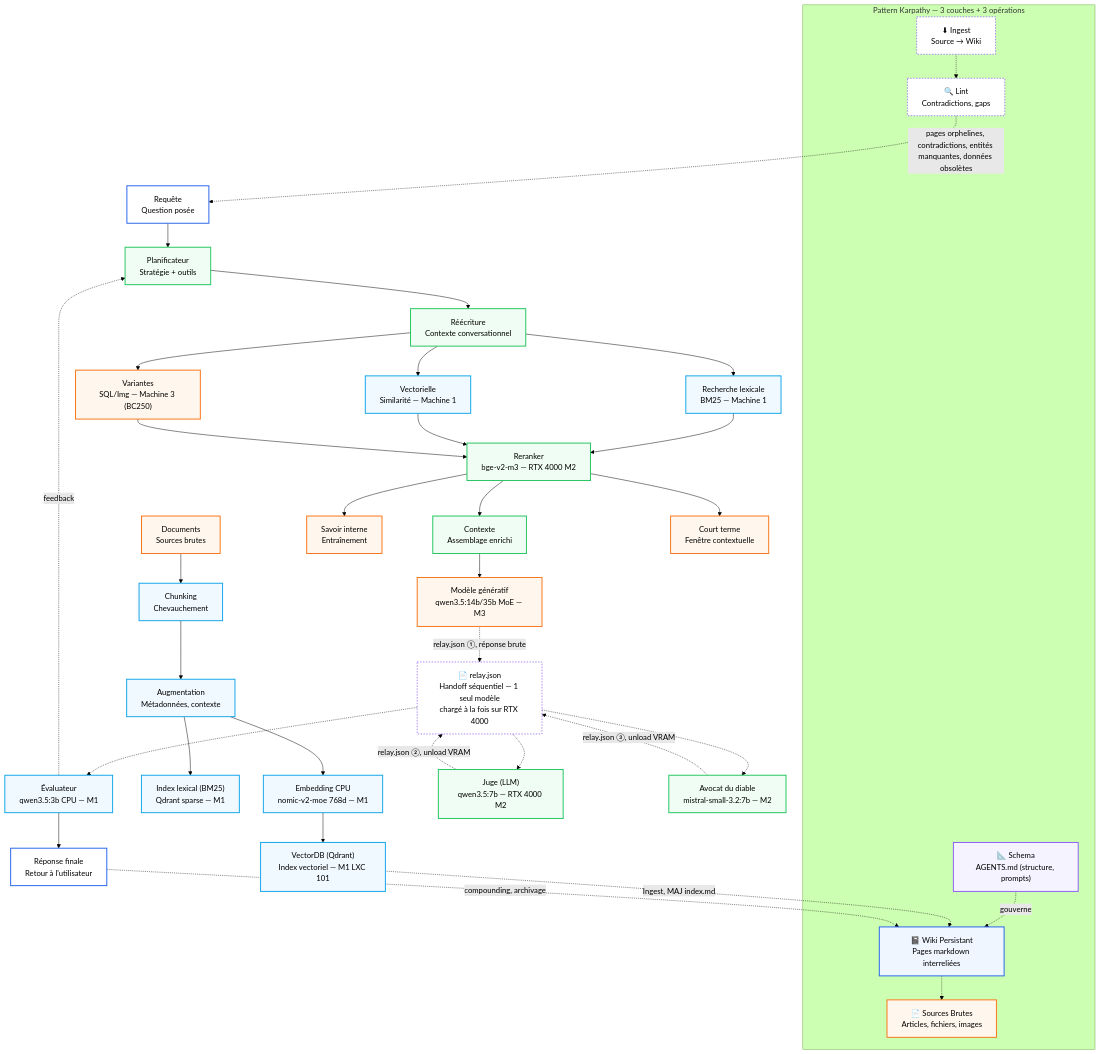
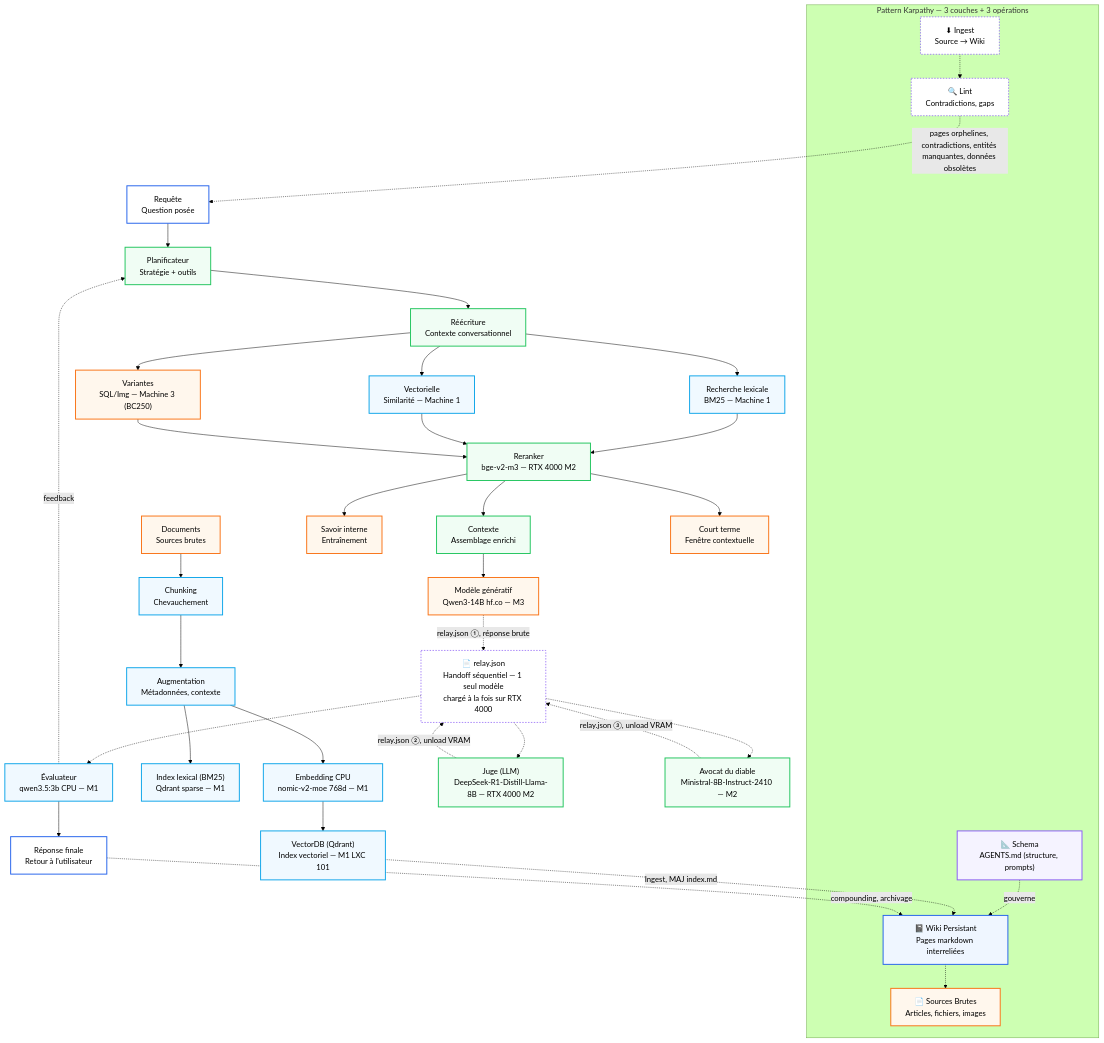
One commit to chelmooz/rag-multi-agent-cluster changed the first of 2 diagrams in docs/architecture.md. Above: the diagram before and after it, drawn with Mermaid (forest theme). The commit also changed other lines of this file and 5 other files, not shown here.

Commit message:
feat(models): Hugging Face-only Q4_K_M for Generator/Judge/Advocate (C4.1) + fix broken mistral-small-3.2:7b default

````diff
--- a/docs/architecture.md
+++ b/docs/architecture.md
@@ -7,73 +7,73 @@
 ```mermaid
 flowchart TB
     classDef schema fill:#f5f3ff,stroke:#8b5cf6,stroke-width:2px
     classDef wiki fill:#eff6ff,stroke:#2563eb,stroke-width:2px
     classDef src fill:#fff7ed,stroke:#f97316,stroke-width:2px
     classDef m1 fill:#f0f9ff,stroke:#0ea5e9,stroke-width:2px
     classDef m2 fill:#f0fdf4,stroke:#22c55e,stroke-width:2px
     classDef m3 fill:#fff7ed,stroke:#f97316,stroke-width:2px
     classDef op fill:#ffffff,stroke:#8b5cf6,stroke-width:1.5px,stroke-dasharray: 3 3
     classDef final fill:#ffffff,stroke:#2563eb,stroke-width:2px
 
     subgraph Karpathy["Pattern Karpathy — 3 couches + 3 opérations"]
         Schema["📐 Schema<br/>AGENTS.md (structure, prompts)"]:::schema
         WikiPersist["📓 Wiki Persistant<br/>Pages markdown interreliées"]:::wiki
         Sources["📄 Sources Brutes<br/>Articles, fichiers, images"]:::src
         Ingest["⬇ Ingest<br/>Source → Wiki"]:::op
         Lint["🔍 Lint<br/>Contradictions, gaps"]:::op
     end
 
     Documents["Documents<br/>Sources brutes"]:::src
     Chunking["Chunking<br/>Chevauchement"]:::m1
     Augment["Augmentation<br/>Métadonnées, contexte"]:::m1
     BM25["Index lexical (BM25)<br/>Qdrant sparse — M1"]:::m1
     EmbedCPU["Embedding CPU<br/>nomic-v2-moe 768d — M1"]:::m1
     VectorDB["VectorDB (Qdrant)<br/>Index vectoriel — M1 LXC 101"]:::m1
 
     Requete["Requête<br/>Question posée"]:::final
     Planif["Planificateur<br/>Stratégie + outils"]:::m2
     Rewrite["Réécriture<br/>Contexte conversationnel"]:::m2
     RechLex["Recherche lexicale<br/>BM25 — Machine 1"]:::m1
     RechVec["Vectorielle<br/>Similarité — Machine 1"]:::m1
     Variantes["Variantes<br/>SQL/Img — Machine 3 (BC250)"]:::m3
     Rerank["Reranker<br/>bge-v2-m3 — RTX 4000 M2"]:::m2
     SavoirInterne["Savoir interne<br/>Entraînement"]:::src
     Contexte["Contexte<br/>Assemblage enrichi"]:::m2
     CourtTerme["Court terme<br/>Fenêtre contextuelle"]:::src
-    ModeleGen["Modèle génératif<br/>qwen3.5:14b/35b MoE — M3"]:::m3
-    JugeLLM["Juge (LLM)<br/>qwen3.5:7b — RTX 4000 M2"]:::m2
-    Avocat["Avocat du diable<br/>mistral-small-3.2:7b — M2"]:::m2
+    ModeleGen["Modèle génératif<br/>Qwen3-14B hf.co — M3"]:::m3
+    JugeLLM["Juge (LLM)<br/>DeepSeek-R1-Distill-Llama-8B — RTX 4000 M2"]:::m2
+    Avocat["Avocat du diable<br/>Ministral-8B-Instruct-2410 — M2"]:::m2
     Evaluateur["Évaluateur<br/>qwen3.5:3b CPU — M1"]:::m1
     Relay["📄 relay.json<br/>Handoff séquentiel — 1 seul modèle<br/>chargé à la fois sur RTX 4000"]:::op
     ReponseFinale["Réponse finale<br/>Retour à l'utilisateur"]:::final
 
     Schema -.->|gouverne| WikiPersist -.-> Sources
     Ingest -.-> Lint
 
     Documents --> Chunking --> Augment
     Augment --> BM25
     Augment --> EmbedCPU --> VectorDB
     VectorDB -.->|Ingest, MAJ index.md| WikiPersist
 
     Requete --> Planif --> Rewrite
     Rewrite --> RechLex
     Rewrite --> RechVec
     Rewrite --> Variantes
     RechLex --> Rerank
     RechVec --> Rerank
     Variantes --> Rerank
     Rerank --> SavoirInterne
     Rerank --> Contexte
     Rerank --> CourtTerme
     Contexte --> ModeleGen
     ModeleGen -.->|relay.json ①, réponse brute| Relay
     Relay -.-> JugeLLM
     JugeLLM -.->|relay.json ②, unload VRAM| Relay
     Relay -.-> Avocat
     Avocat -.->|relay.json ③, unload VRAM| Relay
     Relay -.-> Evaluateur
     Evaluateur --> ReponseFinale
     Evaluateur -.->|feedback| Planif
     ReponseFinale -.->|compounding, archivage| WikiPersist
     Lint -.->|pages orphelines, contradictions, entités manquantes, données obsolètes| Requete
 ```
````
